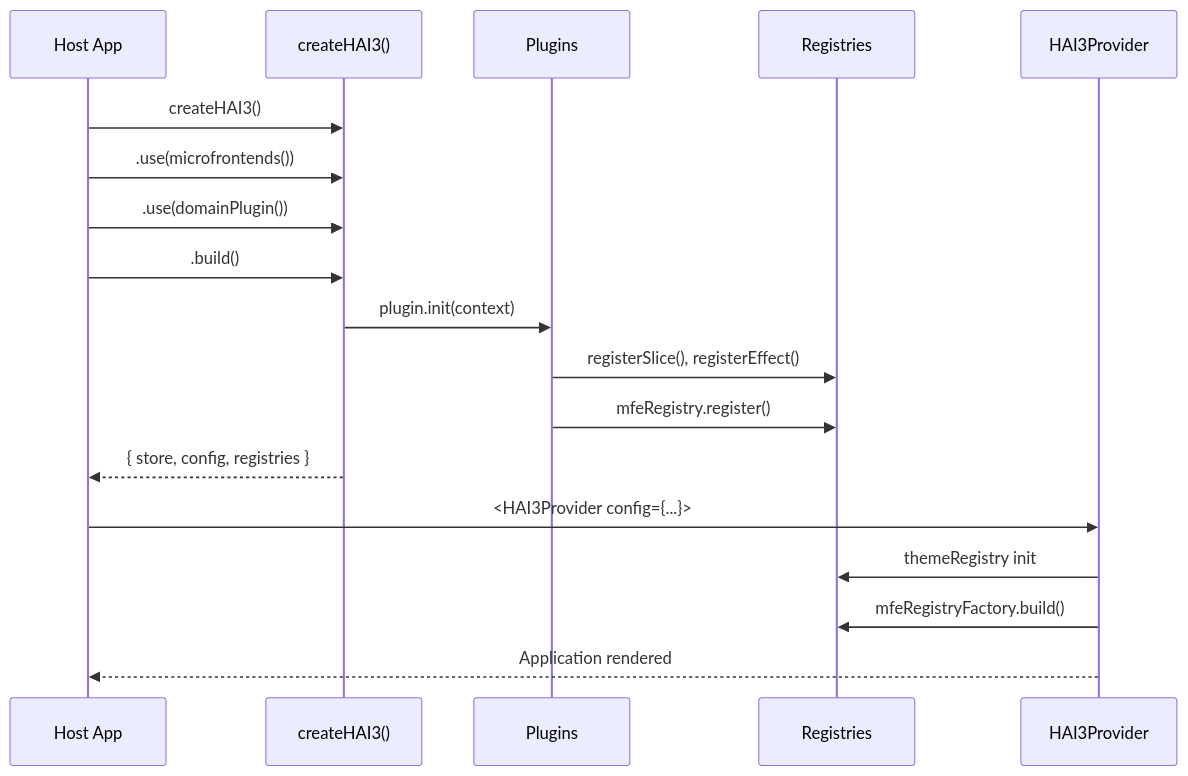
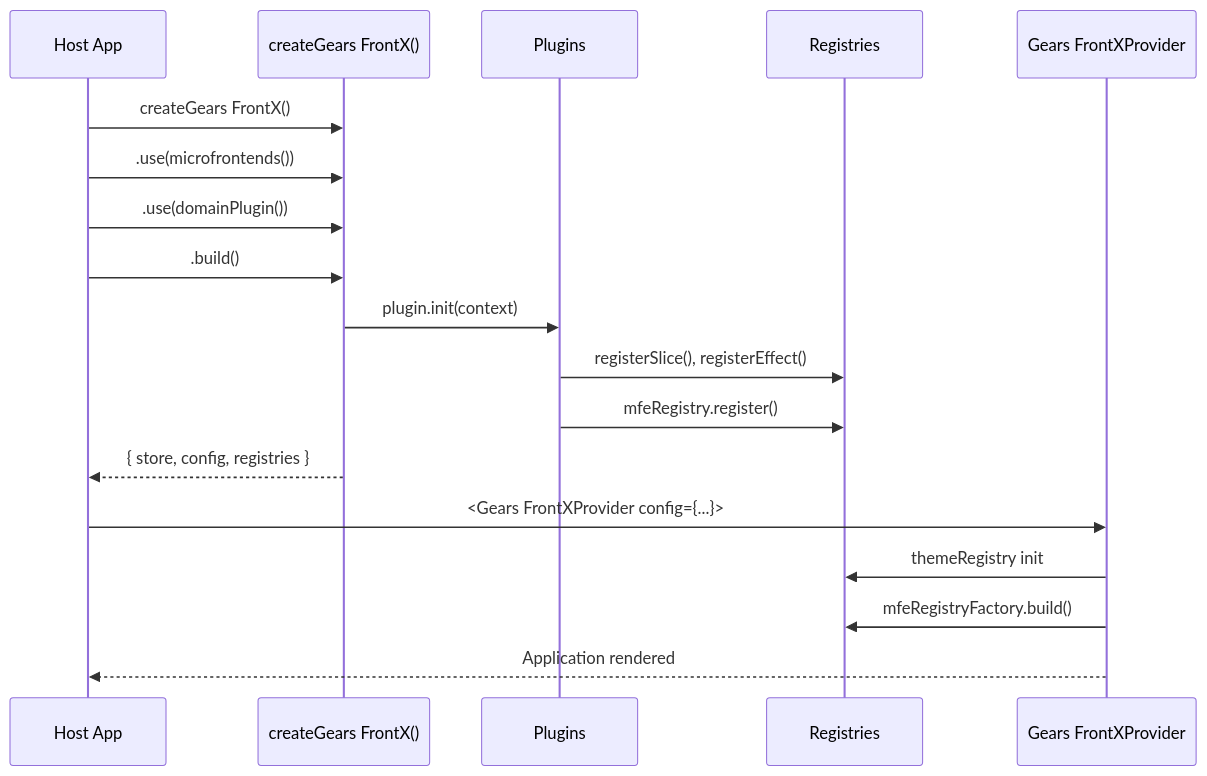
One commit to constructorfabric/gears-frontx changed the first of 9 diagrams in architecture/DESIGN.md. Above: the diagram before and after it, drawn with Mermaid. The commit also changed other lines of this file and 348 other files, not shown here.

````diff
--- a/architecture/DESIGN.md
+++ b/architecture/DESIGN.md
@@ -841,21 +841,21 @@
 ```mermaid
 sequenceDiagram
     participant App as Host App
-    participant Builder as createHAI3()
+    participant Builder as createGears FrontX()
     participant Plugin as Plugins
     participant Registry as Registries
-    participant Provider as HAI3Provider
+    participant Provider as Gears FrontXProvider
 
-    App->>Builder: createHAI3()
+    App->>Builder: createGears FrontX()
     App->>Builder: .use(microfrontends())
     App->>Builder: .use(domainPlugin())
     App->>Builder: .build()
     Builder->>Plugin: plugin.init(context)
     Plugin->>Registry: registerSlice(), registerEffect()
     Plugin->>Registry: mfeRegistry.register()
     Builder-->>App: { store, config, registries }
-    App->>Provider: <HAI3Provider config={...}>
+    App->>Provider: <Gears FrontXProvider config={...}>
     Provider->>Registry: themeRegistry init
     Provider->>Registry: mfeRegistryFactory.build()
     Provider-->>App: Application rendered
 ```
````
